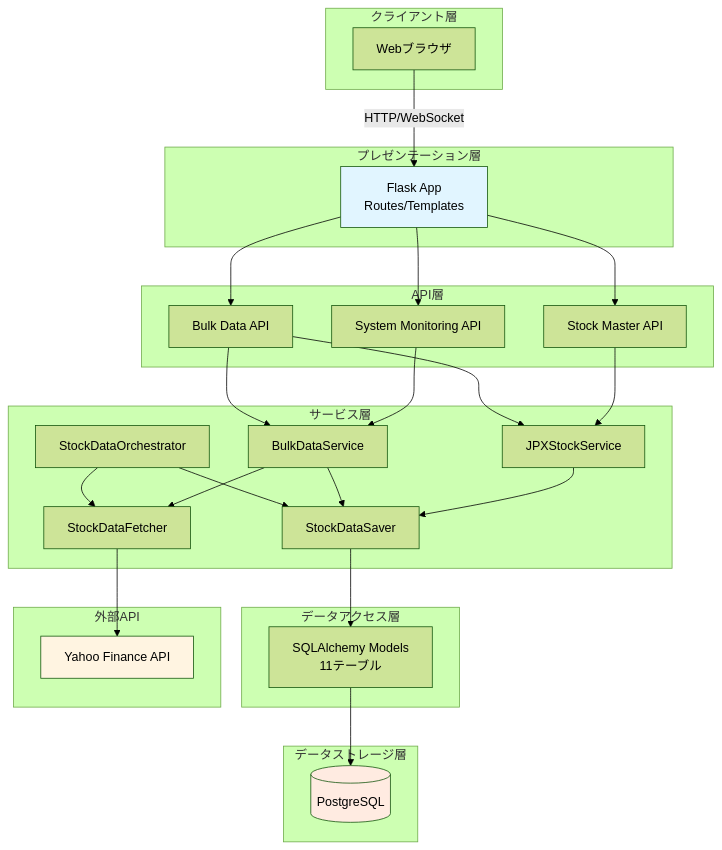
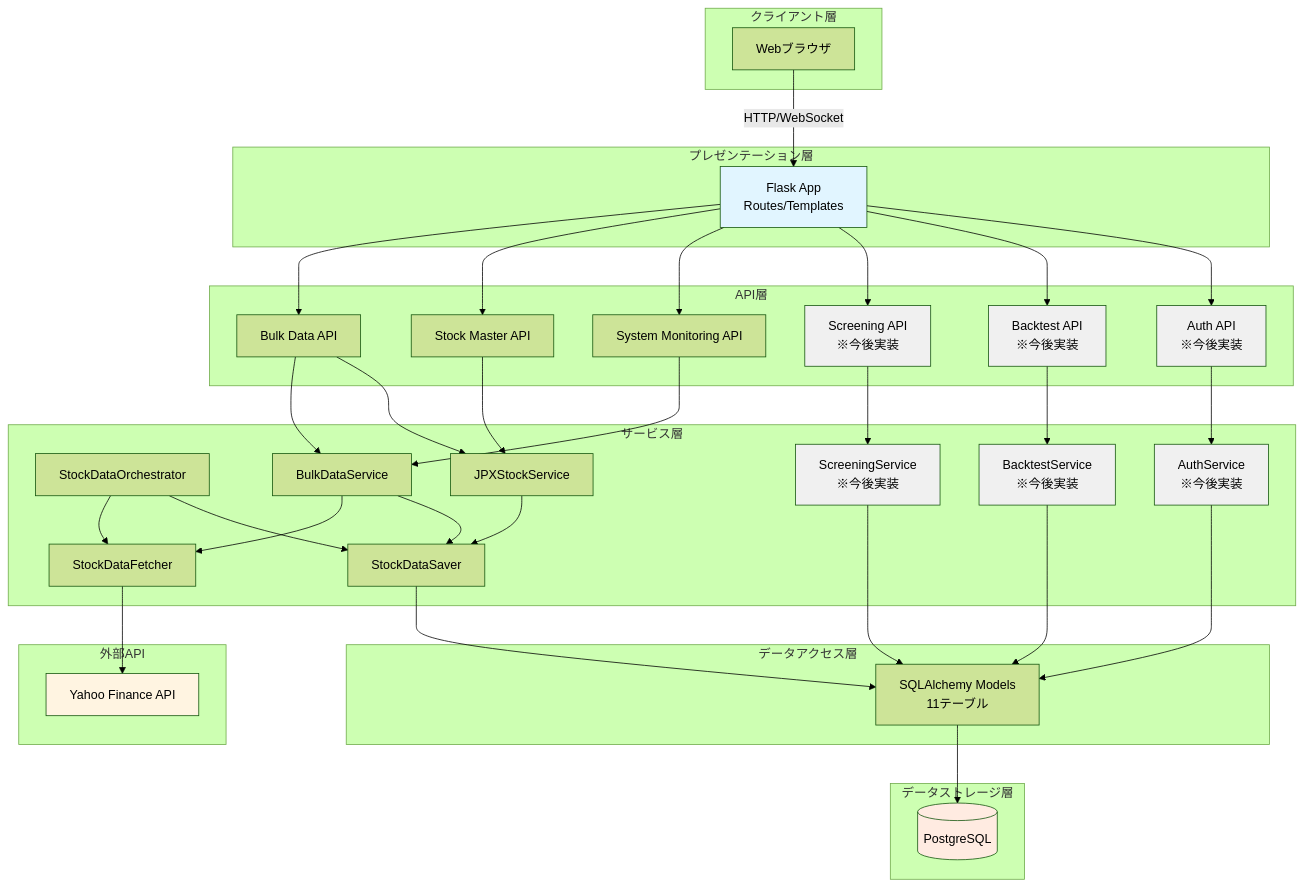
The first of 3 diagrams in docs/architecture/architecture_overview.md (TIMMY-WEST/STOCK-INVESTMENT-ANALYZER), drawn with Mermaid (forest theme) before and after one commit. The commit also changed other lines of this file and 1 other file, not shown here.

````diff
--- a/docs/architecture/architecture_overview.md
+++ b/docs/architecture/architecture_overview.md
@@ -86,53 +128,71 @@
 ```mermaid
 graph TB
     subgraph "クライアント層"
         Browser[Webブラウザ]
     end
 
     subgraph "プレゼンテーション層"
         Flask[Flask App<br/>Routes/Templates]
     end
 
     subgraph "API層"
         BulkAPI[Bulk Data API]
         StockAPI[Stock Master API]
         MonitorAPI[System Monitoring API]
+        ScreeningAPI[Screening API<br/>※今後実装]
+        BacktestAPI[Backtest API<br/>※今後実装]
+        AuthAPI[Auth API<br/>※今後実装]
     end
 
     subgraph "サービス層"
         Orchestrator[StockDataOrchestrator]
         Fetcher[StockDataFetcher]
         Saver[StockDataSaver]
         BulkService[BulkDataService]
         JPXService[JPXStockService]
+        ScreeningService[ScreeningService<br/>※今後実装]
+        BacktestService[BacktestService<br/>※今後実装]
+        AuthService[AuthService<br/>※今後実装]
     end
 
     subgraph "データアクセス層"
         Models[SQLAlchemy Models<br/>11テーブル]
     end
 
     subgraph "データストレージ層"
         PostgreSQL[(PostgreSQL)]
     end
 
     subgraph "外部API"
         YFinance[Yahoo Finance API]
     end
 
     Browser -->|HTTP/WebSocket| Flask
-    Flask --> BulkAPI & StockAPI & MonitorAPI
+    Flask --> BulkAPI & StockAPI & MonitorAPI & ScreeningAPI & BacktestAPI & AuthAPI
     BulkAPI --> BulkService & JPXService
     StockAPI --> JPXService
     MonitorAPI --> BulkService
+    ScreeningAPI --> ScreeningService
+    BacktestAPI --> BacktestService
+    AuthAPI --> AuthService
     Orchestrator --> Fetcher
     Orchestrator --> Saver
     BulkService --> Fetcher & Saver
     JPXService --> Saver
+    ScreeningService --> Models
+    BacktestService --> Models
+    AuthService --> Models
     Fetcher --> YFinance
     Saver --> Models
     Models --> PostgreSQL
 
     style Flask fill:#e1f5ff
     style PostgreSQL fill:#ffebe1
     style YFinance fill:#fff4e1
+    style ScreeningAPI fill:#f0f0f0
+    style BacktestAPI fill:#f0f0f0
+    style AuthAPI fill:#f0f0f0
+    style ScreeningService fill:#f0f0f0
+    style BacktestService fill:#f0f0f0
+    style AuthService fill:#f0f0f0
 ```
````
